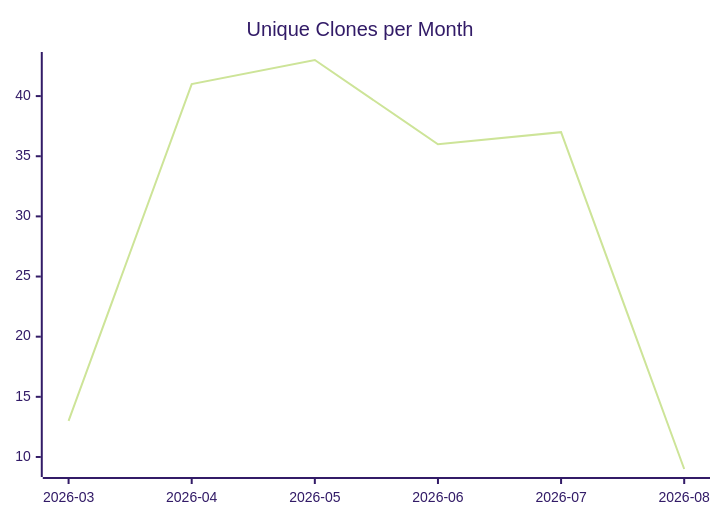
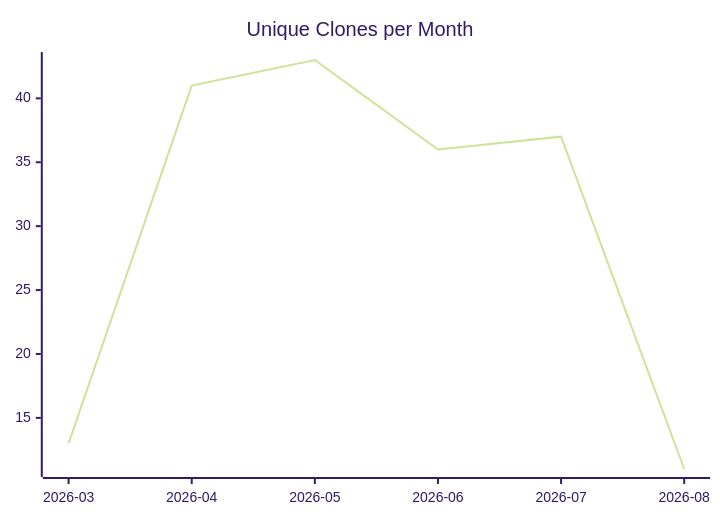
One commit to justdavis-family/github-analytics-data changed the third of 3 diagrams in karlmdavis/usgs-water-api-java/README.md. Above: the diagram before and after it, drawn with Mermaid (forest theme). The commit also changed other lines of this file and 176 other files, not shown here.

````diff
--- a/karlmdavis/usgs-water-api-java/README.md
+++ b/karlmdavis/usgs-water-api-java/README.md
@@ -19,6 +19,6 @@
 ```mermaid
 xychart-beta
   title "Unique Clones per Month"
   x-axis ["2026-03", "2026-04", "2026-05", "2026-06", "2026-07", "2026-08"]
-  line [13, 41, 43, 36, 37, 9]
+  line [13, 41, 43, 36, 37, 11]
 ```
````
